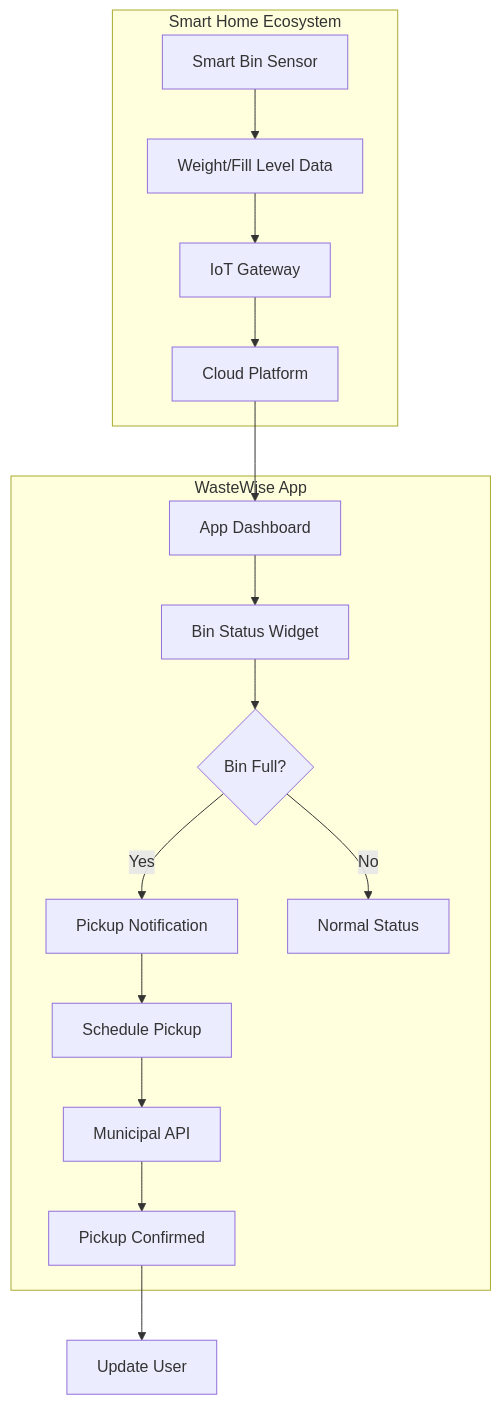
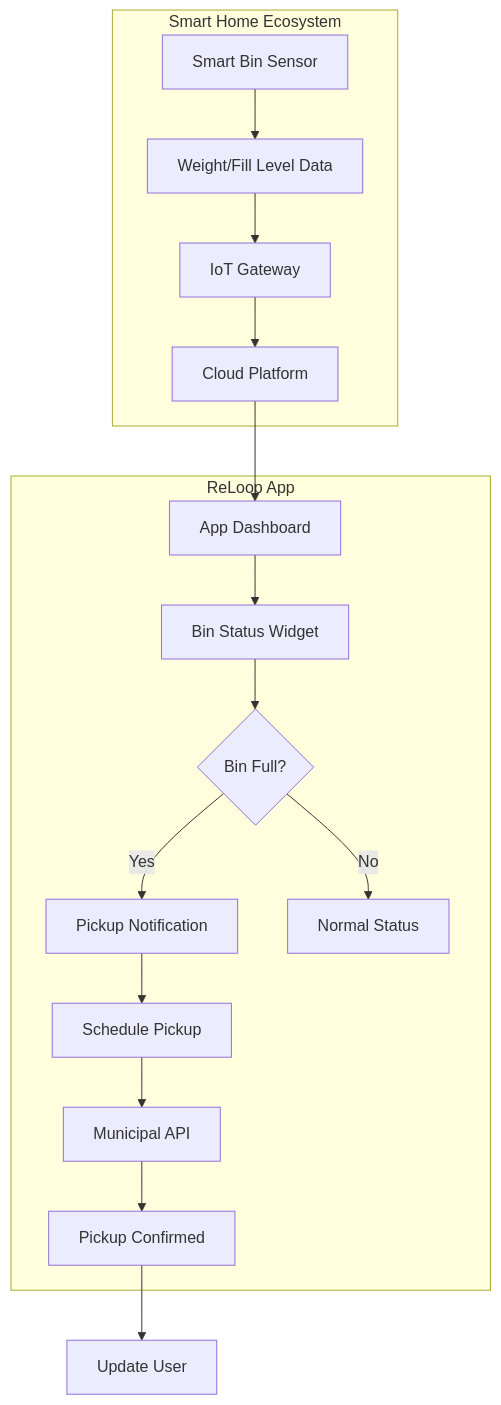
The seventh of 15 diagrams in docs/design/user_experience/user_flows/flow_diagram_templates.md (pranaysuyash/Waste-Segregation-App), drawn with Mermaid before and after one commit. The commit also changed 376 other files, not shown here.

````diff
--- a/docs/design/user_experience/user_flows/flow_diagram_templates.md
+++ b/docs/design/user_experience/user_flows/flow_diagram_templates.md
@@ -126,21 +126,21 @@
 ```mermaid
 graph TB
     subgraph "Smart Home Ecosystem"
         A[Smart Bin Sensor] --> B[Weight/Fill Level Data]
         B --> C[IoT Gateway]
         C --> D[Cloud Platform]
     end
     
-    subgraph "WasteWise App"
+    subgraph "ReLoop App"
         E[App Dashboard] --> F[Bin Status Widget]
         F --> G{Bin Full?}
         G -->|Yes| H[Pickup Notification]
         G -->|No| I[Normal Status]
         H --> J[Schedule Pickup]
         J --> K[Municipal API]
         K --> L[Pickup Confirmed]
     end
     
     D --> E
     L --> M[Update User]
 ```
````
